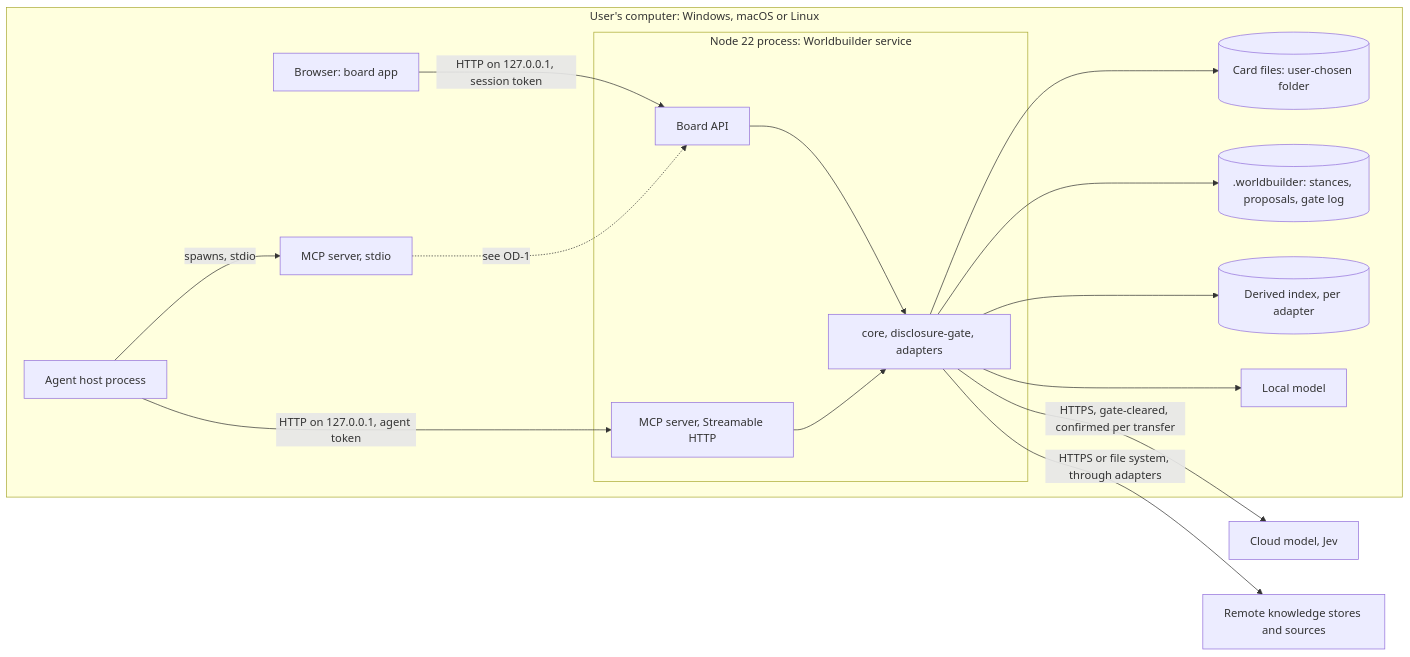
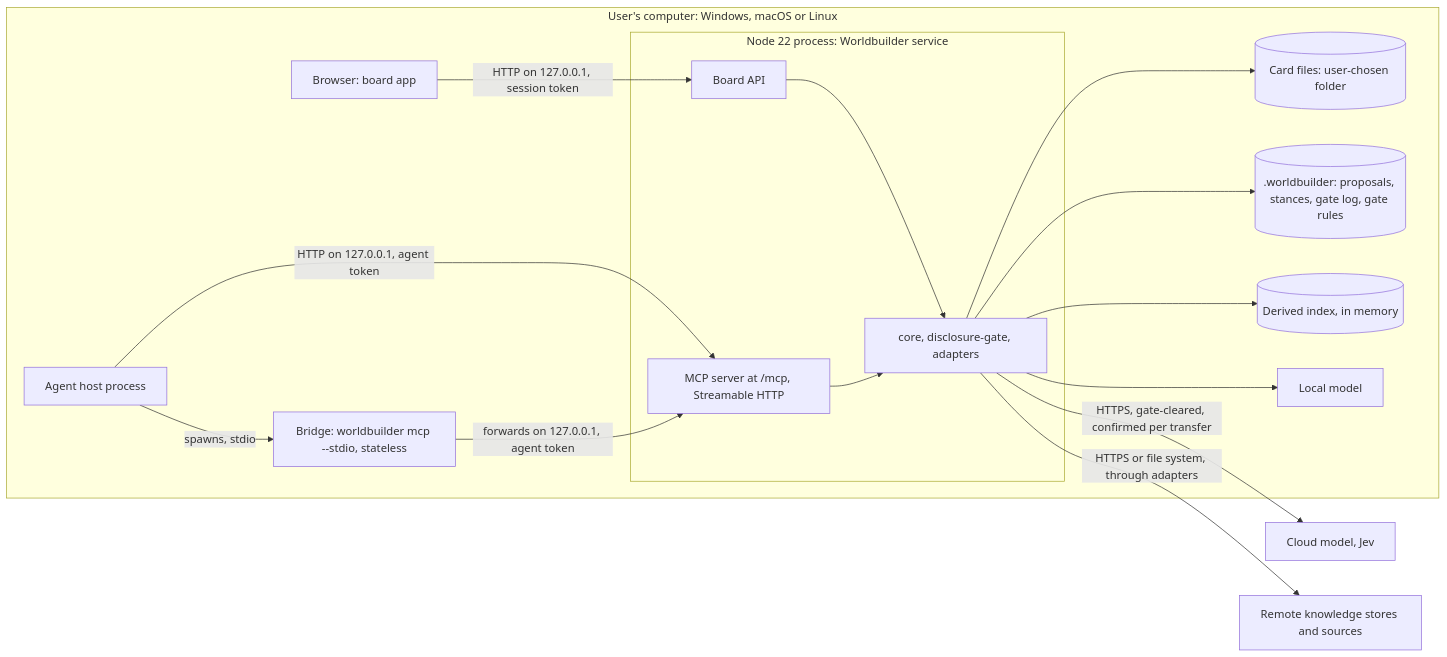
Before and after one commit to Reraise-ai/reraise-app: the diagram in docs/architecture/07-deployment.md, drawn with Mermaid. The commit also changed other lines of this file and 9 other files, not shown here.

First line of the commit message:
docs(architecture): cite ADR-0029 to ADR-0033 instead of working assumptions

````diff
--- a/docs/architecture/07-deployment.md
+++ b/docs/architecture/07-deployment.md
@@ -12,32 +12,32 @@
 ```mermaid
 flowchart LR
   subgraph device [User's computer: Windows, macOS or Linux]
     browser[Browser: board app]
     subgraph node [Node 22 process: Worldbuilder service]
       api[Board API]
-      mcphttp[MCP server, Streamable HTTP]
+      mcphttp[MCP server at /mcp, Streamable HTTP]
       libs[core, disclosure-gate, adapters]
     end
     agentproc[Agent host process]
-    mcpstdio[MCP server, stdio]
+    mcpstdio[Bridge: worldbuilder mcp --stdio, stateless]
     files[(Card files: user-chosen folder)]
-    local[(.worldbuilder: stances, proposals, gate log)]
-    index[(Derived index, per adapter)]
+    local[(.worldbuilder: proposals, stances, gate log, gate rules)]
+    index[(Derived index, in memory)]
     localmodel[Local model]
   end
   cloud[Cloud model, Jev]
   remote[Remote knowledge stores and sources]
 
   browser -- "HTTP on 127.0.0.1, session token" --> api
   agentproc -- "HTTP on 127.0.0.1, agent token" --> mcphttp
   agentproc -- "spawns, stdio" --> mcpstdio
-  mcpstdio -. "see OD-1" .-> api
+  mcpstdio -- "forwards on 127.0.0.1, agent token" --> mcphttp
   api --> libs
   mcphttp --> libs
   libs --> files
   libs --> local
   libs --> index
   libs --> localmodel
   libs -- "HTTPS, gate-cleared, confirmed per transfer" --> cloud
   libs -- "HTTPS or file system, through adapters" --> remote
 ```
````
